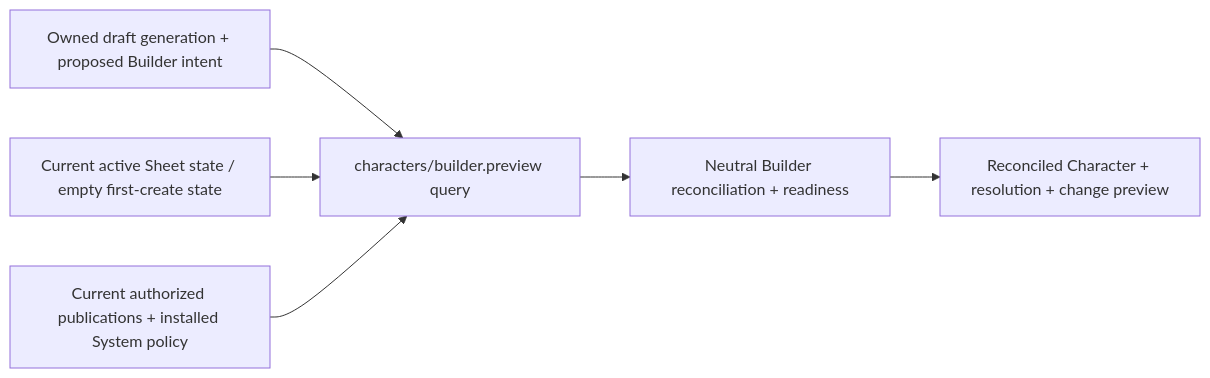
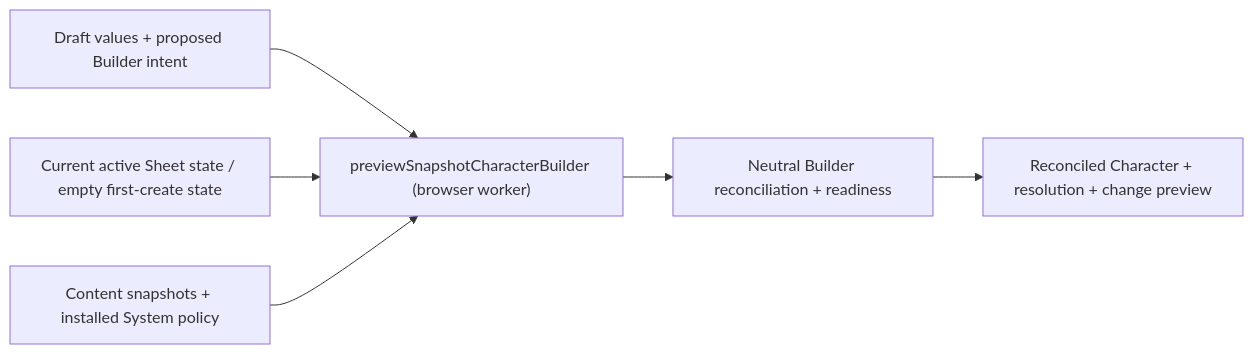
One commit to MPiland/artificer-toolkit changed the sixth of 15 diagrams in docs/architecture/character.md. Above: the diagram before and after it, drawn with Mermaid. The commit also changed other lines of this file and 4 other files, not shown here.

Commit message:
Document draft autosave and the removed server Builder (ADR 0036 S8, S9)

````diff
--- a/docs/architecture/character.md
+++ b/docs/architecture/character.md
@@ -415,8 +427,8 @@
 ```mermaid
 flowchart LR
-  Proposal["Owned draft generation + proposed Builder intent"] --> Preview["characters/builder.preview query"]
+  Proposal["Draft values + proposed Builder intent"] --> Preview["previewSnapshotCharacterBuilder (browser worker)"]
   State["Current active Sheet state / empty first-create state"] --> Preview
-  Sources["Current authorized publications + installed System policy"] --> Preview
+  Sources["Content snapshots + installed System policy"] --> Preview
   Preview --> Repair["Neutral Builder reconciliation + readiness"]
   Repair --> Output["Reconciled Character + resolution + change preview"]
 ```
````
